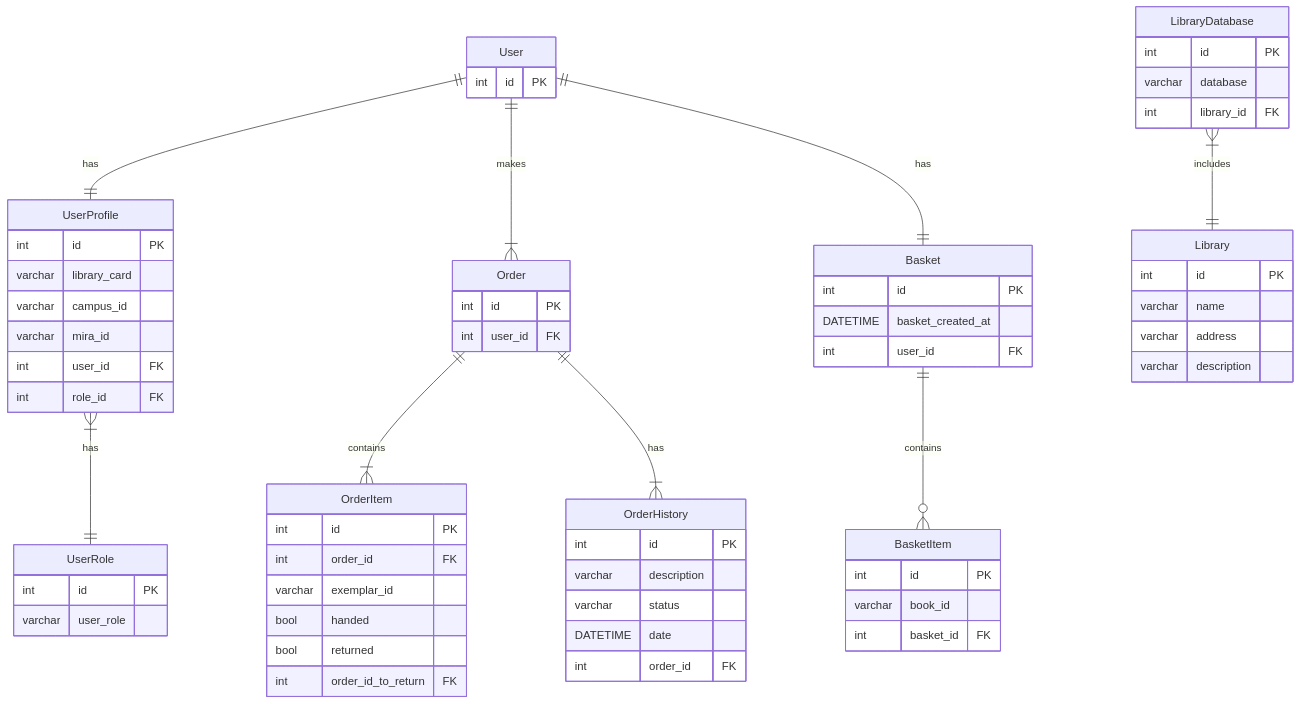
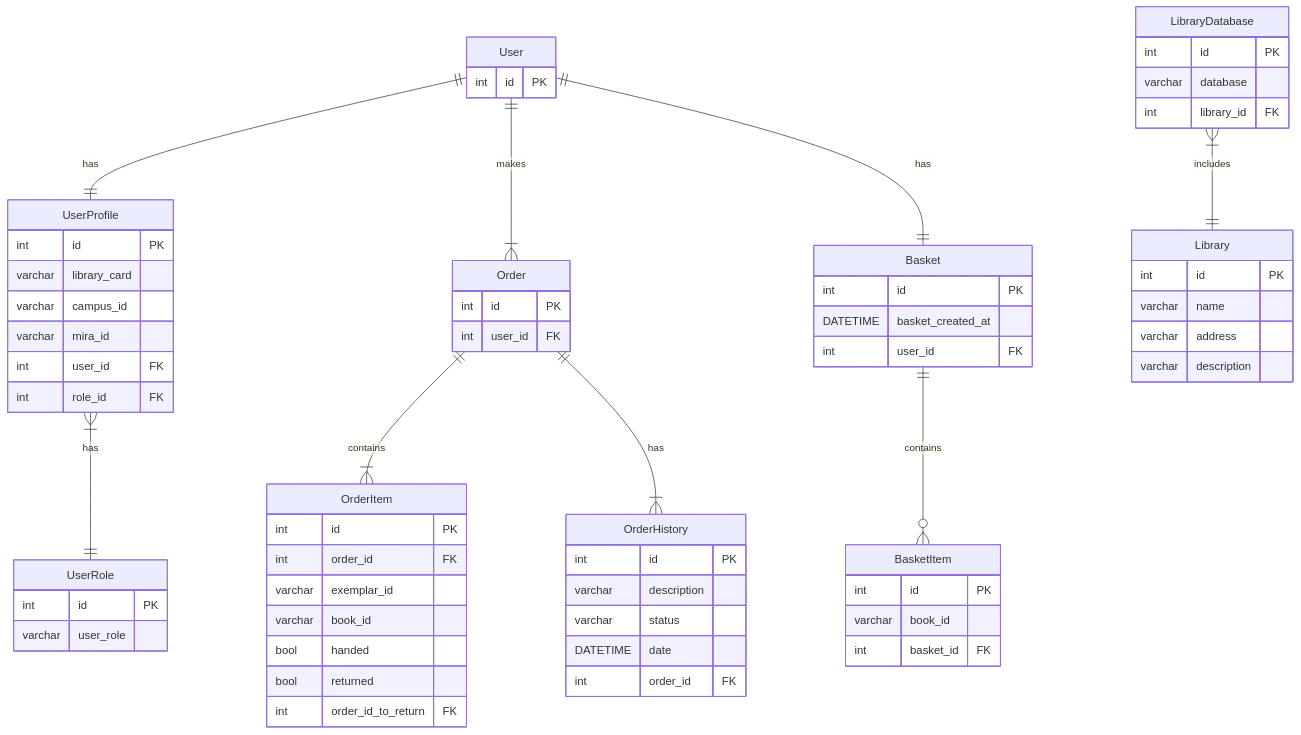
One commit to nnn1ki/library-online changed the second of 2 diagrams in README.md. Above: the diagram before and after it, drawn with Mermaid. The commit also changed 4 other files, not shown here.

````diff
--- a/README.md
+++ b/README.md
@@ -32,77 +32,78 @@
 ```mermaid
 erDiagram
     User ||--|| UserProfile : has
     User ||--|{ Order : makes
     User ||--|| Basket : has
     UserProfile }|--|| UserRole : has
     Order ||--|{ OrderItem : contains
     Order ||--|{ OrderHistory : has
     Basket ||--o{ BasketItem : contains
     
     LibraryDatabase }|--|| Library : includes
     
     User { 
       int id PK 
     }
 
     UserProfile {
       int id PK 
       varchar library_card
       varchar campus_id 
       varchar mira_id
       int user_id FK
       int role_id FK
     }
 
     UserRole {
         int id PK
         varchar user_role 
     }
     
     Basket {
         int id PK 
         DATETIME basket_created_at 
         int user_id FK
     }
 
     BasketItem {
         int id PK
         varchar book_id
         int basket_id FK
     }
 
     Order {
         int id PK  
         int user_id FK
     }
 
     OrderHistory {
         int id PK
         varchar description
         varchar status
         DATETIME date
         int order_id FK 
     }
 
     OrderItem {
         int id PK
         int order_id FK
         varchar exemplar_id
+        varchar book_id
         bool handed
         bool returned
         int order_id_to_return FK
     }
 
     Library {
         int id PK
         varchar name
         varchar address
         varchar description
     }
 
     LibraryDatabase {
         int id PK
         varchar database
         int library_id FK
     }
 ```
````
